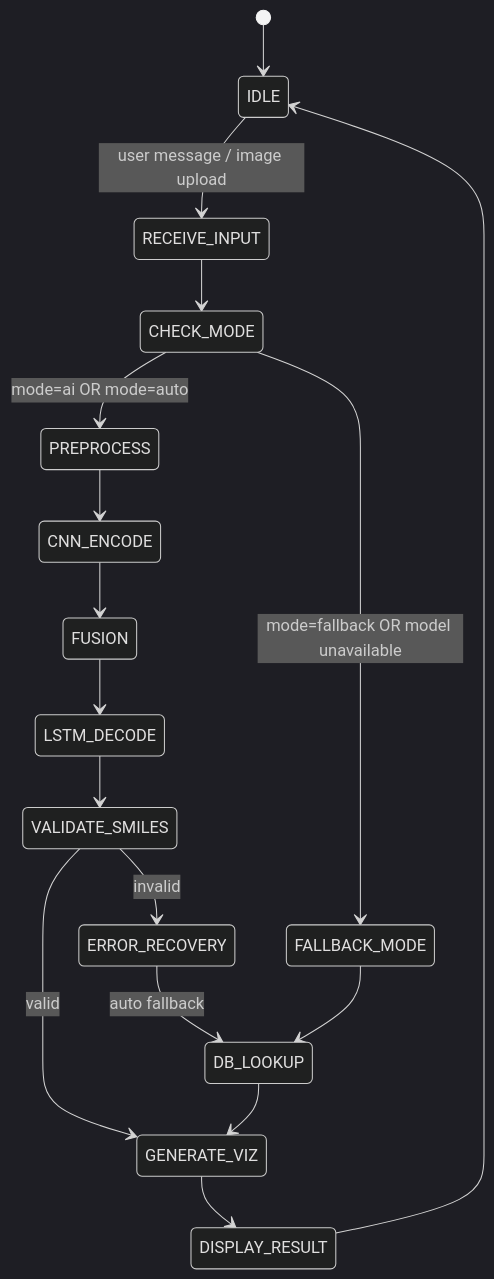
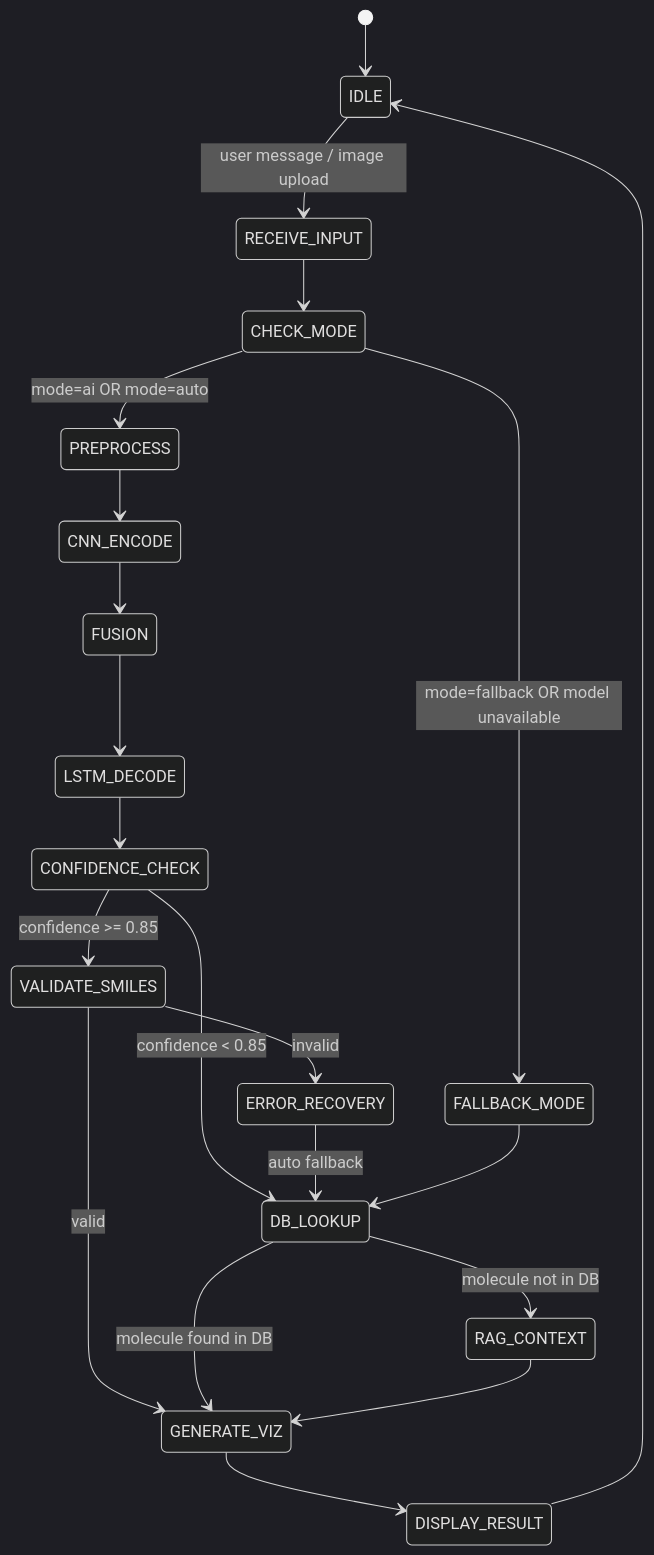
One commit to DarkShadow1107/chemnet-vision changed the diagram in docs/state_machine.md. Above: the diagram before and after it, drawn with Mermaid (dark theme). The commit also changed other lines of this file and 28 other files, not shown here.

````diff
--- a/docs/state_machine.md
+++ b/docs/state_machine.md
@@ -7,25 +7,30 @@
 ```mermaid
 stateDiagram-v2
     [*] --> IDLE
 
     IDLE --> RECEIVE_INPUT: user message / image upload
     RECEIVE_INPUT --> CHECK_MODE
 
     CHECK_MODE --> FALLBACK_MODE: mode=fallback OR model unavailable
     CHECK_MODE --> PREPROCESS: mode=ai OR mode=auto
 
     PREPROCESS --> CNN_ENCODE
     CNN_ENCODE --> FUSION
     FUSION --> LSTM_DECODE
-    LSTM_DECODE --> VALIDATE_SMILES
+    LSTM_DECODE --> CONFIDENCE_CHECK
+
+    CONFIDENCE_CHECK --> VALIDATE_SMILES: confidence >= 0.85
+    CONFIDENCE_CHECK --> DB_LOOKUP: confidence < 0.85
 
     VALIDATE_SMILES --> GENERATE_VIZ: valid
     VALIDATE_SMILES --> ERROR_RECOVERY: invalid
 
     ERROR_RECOVERY --> DB_LOOKUP: auto fallback
     FALLBACK_MODE --> DB_LOOKUP
-    DB_LOOKUP --> GENERATE_VIZ
+    DB_LOOKUP --> RAG_CONTEXT: molecule not in DB
+    DB_LOOKUP --> GENERATE_VIZ: molecule found in DB
+    RAG_CONTEXT --> GENERATE_VIZ
 
     GENERATE_VIZ --> DISPLAY_RESULT
     DISPLAY_RESULT --> IDLE
 ```
````
